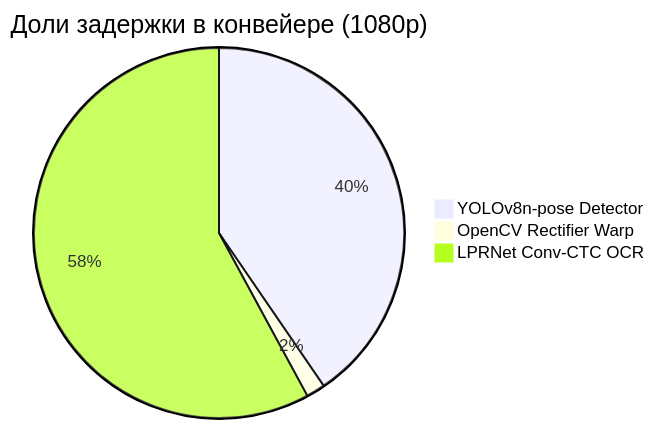
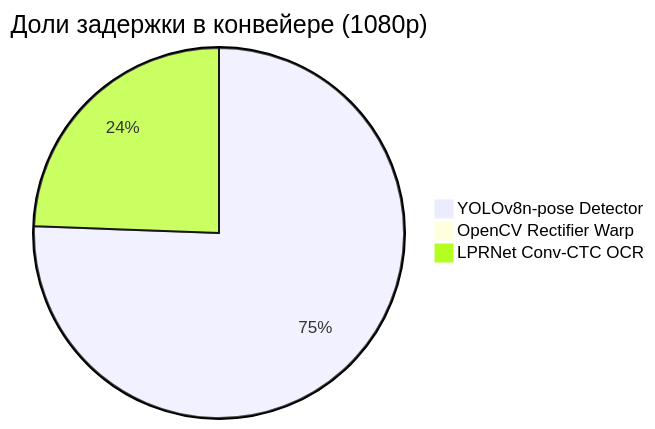
The diagram in docs/report/latency_benchmark.md (Vamsilver/OmniPlate-RU), drawn with Mermaid before and after one commit. The commit also changed other lines of this file and 17 other files, not shown here.

````diff
--- a/docs/report/latency_benchmark.md
+++ b/docs/report/latency_benchmark.md
@@ -50,6 +50,6 @@
 ```mermaid
 pie title Доли задержки в конвейере (1080p)
-    "YOLOv8n-pose Detector" : 28.7
-    "OpenCV Rectifier Warp" : 1.17
-    "LPRNet Conv-CTC OCR" : 41.1
+    "YOLOv8n-pose Detector" : 96.3
+    "OpenCV Rectifier Warp" : 1.14
+    "LPRNet Conv-CTC OCR" : 31.1
 ```
````
